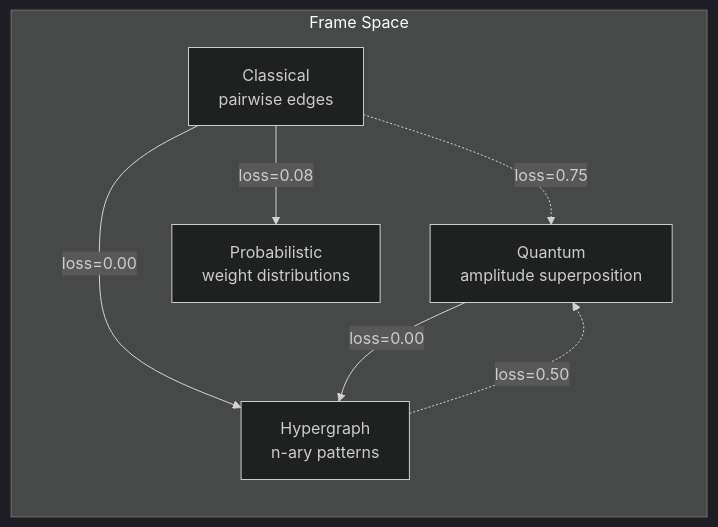
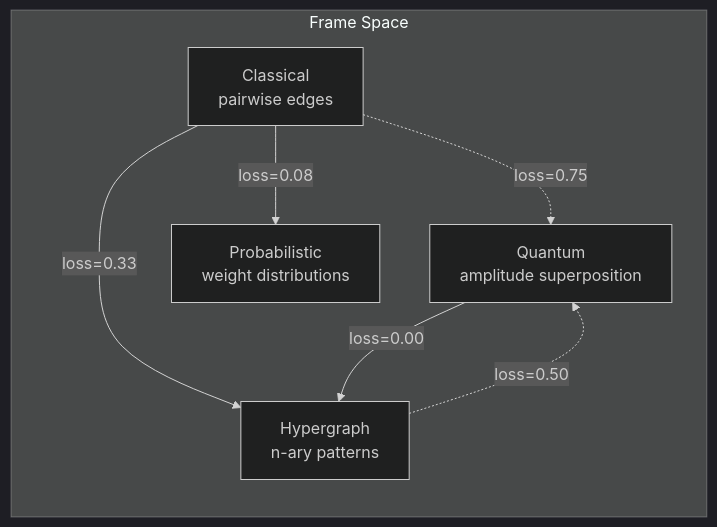
One commit to antquinonez/Hyper3 changed the second of 2 diagrams in examples/showcase/reasoning/validation_engine/README.md. Above: the diagram before and after it, drawn with Mermaid (dark theme). The commit also changed other lines of this file and 2 other files, not shown here.

Commit message:
Fix showcase accuracy issues found during review
- multiway_reasoning: add missing edge labels to taxonomy table
- multiway_reasoning slides: replace marketing language, fix relative link
- validation_engine: fix mermaid diagram loss value and caption consistency

````diff
--- a/examples/showcase/reasoning/validation_engine/README.md
+++ b/examples/showcase/reasoning/validation_engine/README.md
@@ -119,15 +119,15 @@
 ```mermaid
 graph LR
     subgraph "Frame Space"
         CL["Classical<br/>pairwise edges"]
         QU["Quantum<br/>amplitude superposition"]
         HY["Hypergraph<br/>n-ary patterns"]
         PR["Probabilistic<br/>weight distributions"]
     end
 
     CL -.->|"loss=0.75"| QU
-    CL -->|"loss=0.00"| HY
+    CL -->|"loss=0.33"| HY
     CL -->|"loss=0.08"| PR
     QU -->|"loss=0.00"| HY
     HY -.->|"loss=0.50"| QU
 ```
````
